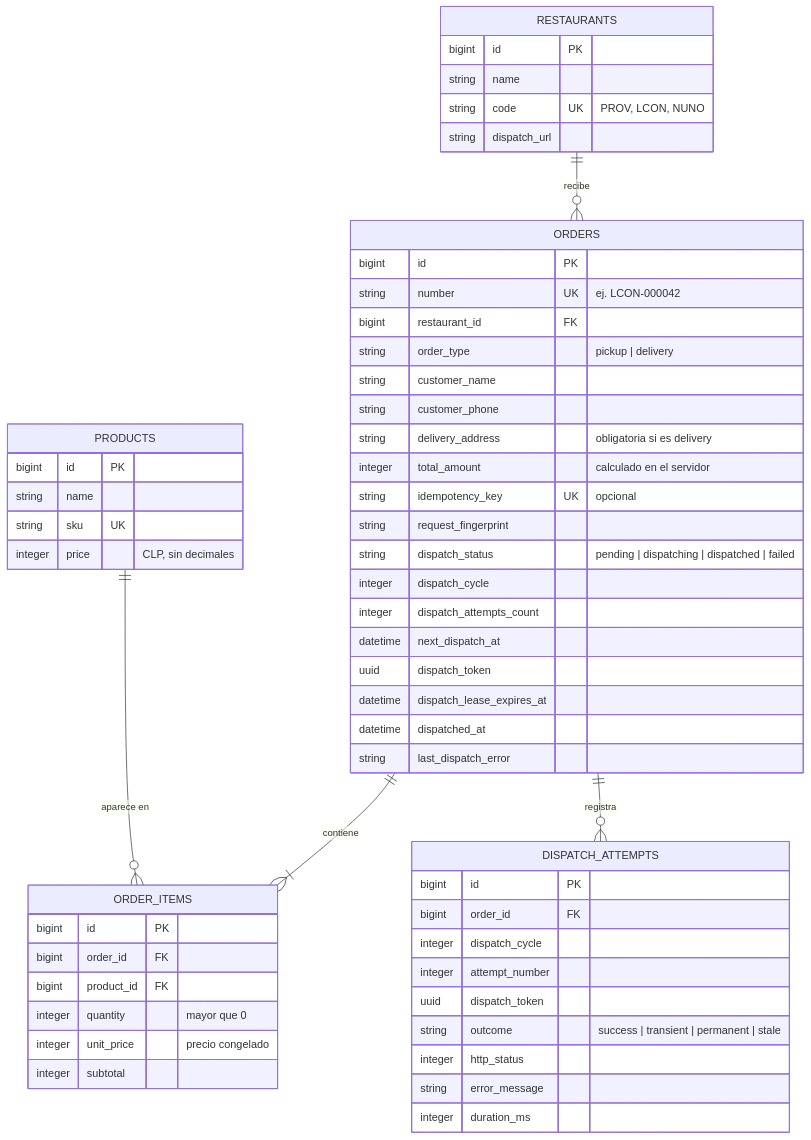
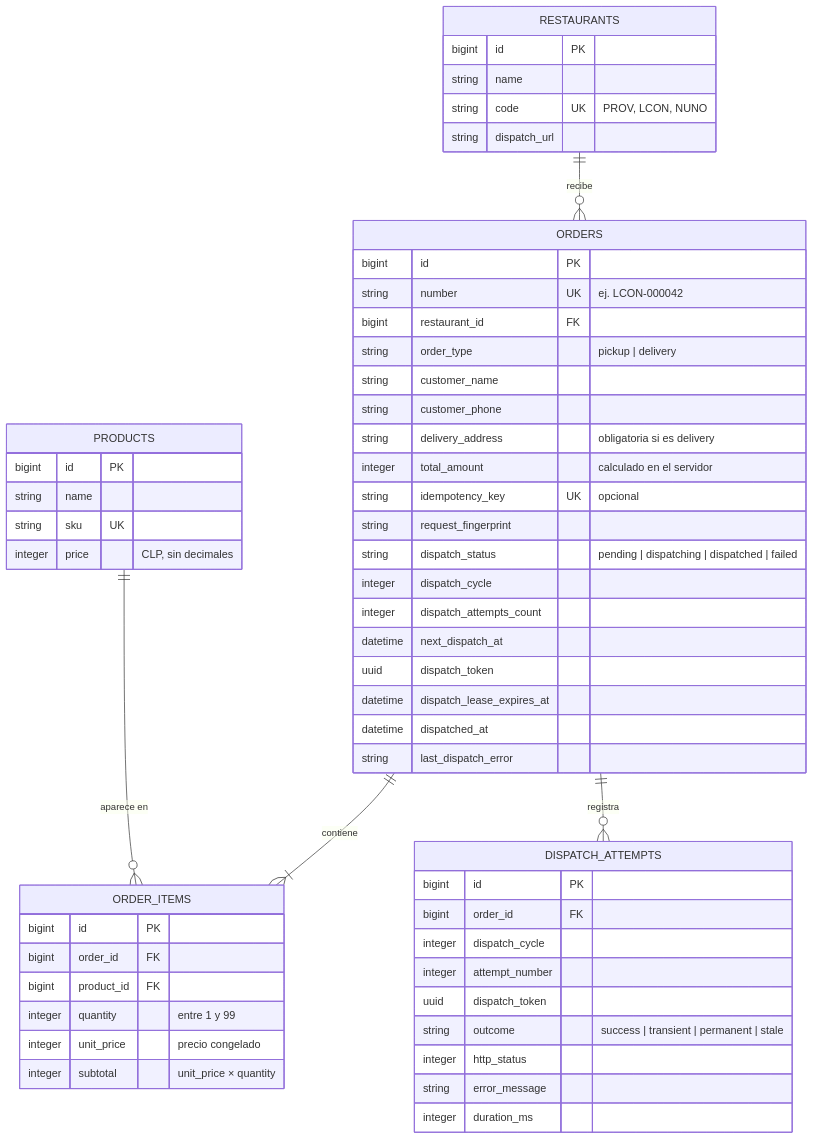
Before and after one commit to cristianrojasalexan/niufoods-orders: the second of 3 diagrams in docs/architecture.md, drawn with Mermaid. The commit also changed other lines of this file and 12 other files, not shown here.

````diff
--- a/docs/architecture.md
+++ b/docs/architecture.md
@@ -92,63 +92,63 @@
 ```mermaid
 erDiagram
     RESTAURANTS ||--o{ ORDERS : "recibe"
     ORDERS ||--|{ ORDER_ITEMS : "contiene"
     PRODUCTS ||--o{ ORDER_ITEMS : "aparece en"
     ORDERS ||--o{ DISPATCH_ATTEMPTS : "registra"
 
     RESTAURANTS {
         bigint id PK
         string name
         string code UK "PROV, LCON, NUNO"
         string dispatch_url
     }
 
     PRODUCTS {
         bigint id PK
         string name
         string sku UK
         integer price "CLP, sin decimales"
     }
 
     ORDERS {
         bigint id PK
         string number UK "ej. LCON-000042"
         bigint restaurant_id FK
         string order_type "pickup | delivery"
         string customer_name
         string customer_phone
         string delivery_address "obligatoria si es delivery"
         integer total_amount "calculado en el servidor"
         string idempotency_key UK "opcional"
         string request_fingerprint
         string dispatch_status "pending | dispatching | dispatched | failed"
         integer dispatch_cycle
         integer dispatch_attempts_count
         datetime next_dispatch_at
         uuid dispatch_token
         datetime dispatch_lease_expires_at
         datetime dispatched_at
         string last_dispatch_error
     }
 
     ORDER_ITEMS {
         bigint id PK
         bigint order_id FK
         bigint product_id FK
-        integer quantity "mayor que 0"
+        integer quantity "entre 1 y 99"
         integer unit_price "precio congelado"
-        integer subtotal
+        integer subtotal "unit_price × quantity"
     }
 
     DISPATCH_ATTEMPTS {
         bigint id PK
         bigint order_id FK
         integer dispatch_cycle
         integer attempt_number
         uuid dispatch_token
         string outcome "success | transient | permanent | stale"
         integer http_status
         string error_message
         integer duration_ms
     }
 ```
````
